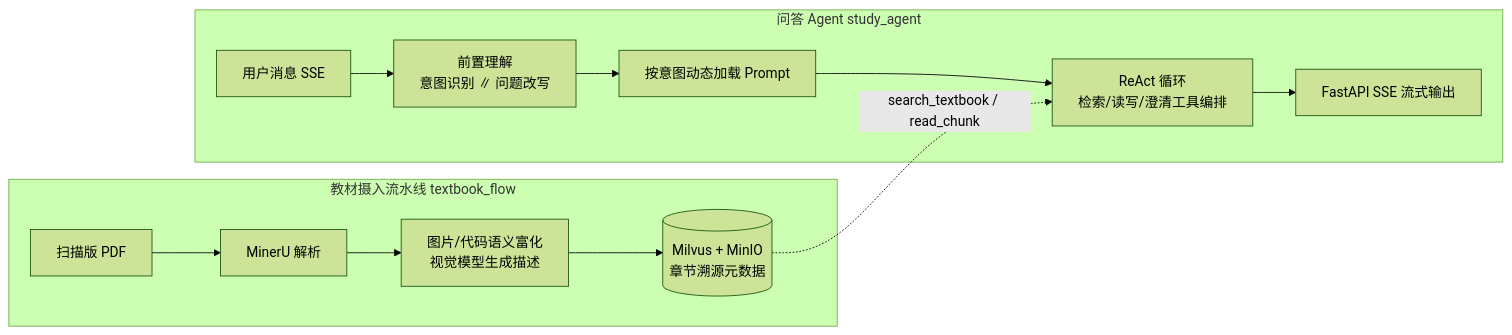
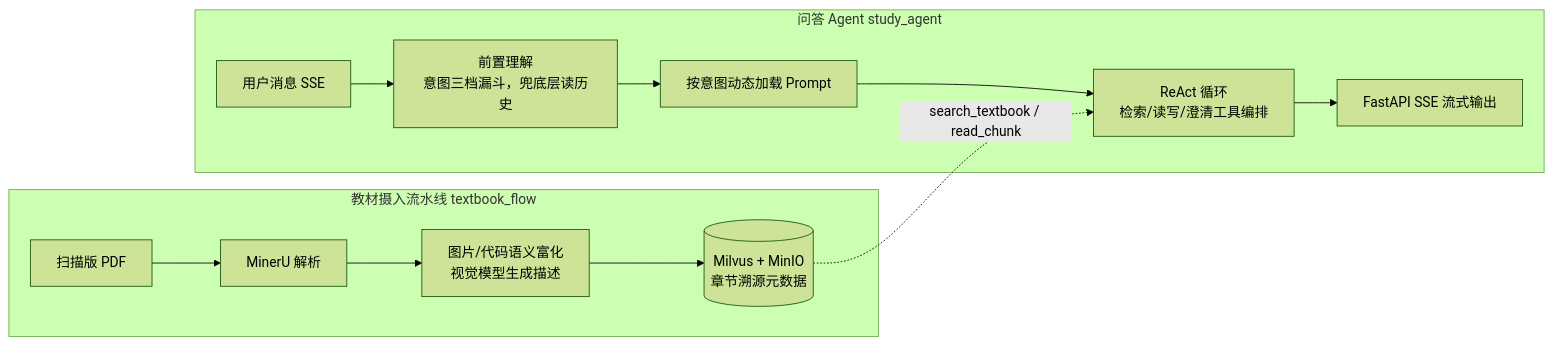
The diagram in README.md (yunpingwu/grad_assist), drawn with Mermaid (forest theme) before and after one commit. The commit also changed other lines of this file and 23 other files, not shown here.

Commit message:
下线问题重写：历史改喂意图兜底层，识别层收紧超时并加节点级兜底

````diff
--- a/README.md
+++ b/README.md
@@ -21,17 +21,17 @@
 ```mermaid
 flowchart LR
   subgraph ingest [教材摄入流水线 textbook_flow]
     PDF[扫描版 PDF] --> MinerU[MinerU 解析]
     MinerU --> Enrich[图片/代码语义富化<br/>视觉模型生成描述]
     Enrich --> Store[(Milvus + MinIO<br/>章节溯源元数据)]
   end
 
   subgraph agent [问答 Agent study_agent]
-    Q[用户消息 SSE] --> Pre[前置理解<br/>意图识别 ∥ 问题改写]
+    Q[用户消息 SSE] --> Pre[前置理解<br/>意图三档漏斗，兜底层读历史]
     Pre --> Prompt[按意图动态加载 Prompt]
     Prompt --> React[ReAct 循环<br/>检索/读写/澄清工具编排]
     React --> R[FastAPI SSE 流式输出]
   end
 
   Store -.search_textbook / read_chunk.-> React
 ```
````
